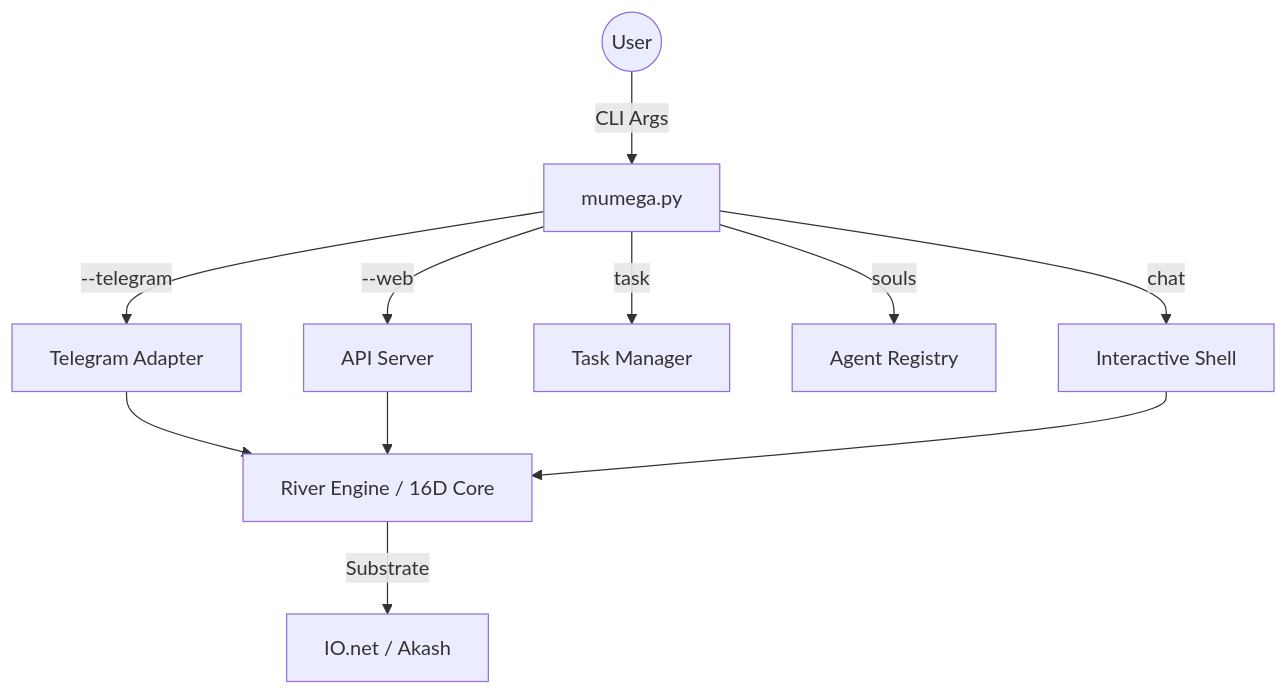
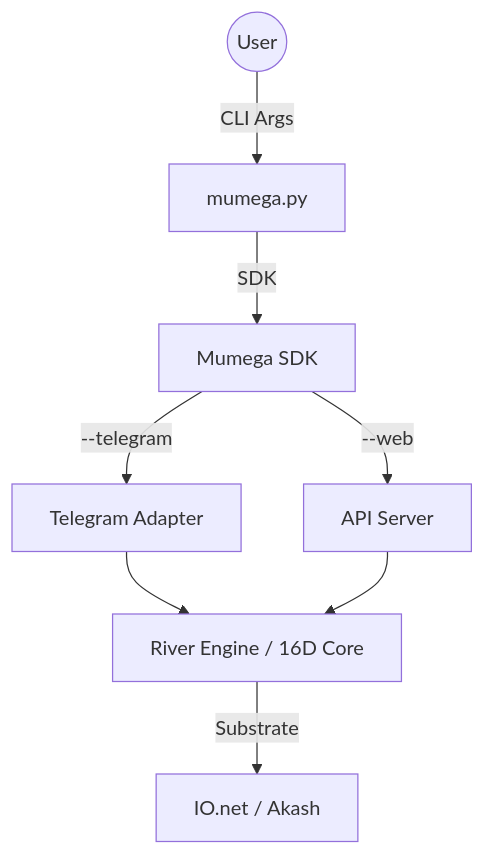
The diagram in docs/docs/architecture/cli_router_architecture.md (servathadi/sos), drawn with Mermaid before and after one commit. The commit also changed other lines of this file and 44990 other files, not shown here.

````diff
--- a/docs/docs/architecture/cli_router_architecture.md
+++ b/docs/docs/architecture/cli_router_architecture.md
@@ -20,15 +20,12 @@
 ```mermaid
 graph TD
     UserInput((User)) -->|CLI Args| Router[mumega.py]
-    Router -->|--telegram| Telegram[Telegram Adapter]
-    Router -->|--web| Web[API Server]
-    Router -->|task| TaskCLI[Task Manager]
-    Router -->|souls| SoulRegistry[Agent Registry]
-    Router -->|chat| Interactive[Interactive Shell]
+    Router -->|SDK| MumegaSDK[Mumega SDK]
+    MumegaSDK -->|--telegram| Telegram[Telegram Adapter]
+    MumegaSDK -->|--web| Web[API Server]
     
     Telegram --> Engine[River Engine / 16D Core]
     Web --> Engine
-    Interactive --> Engine
     
     Engine -->|Substrate| DePIN[IO.net / Akash]
 ```
````
